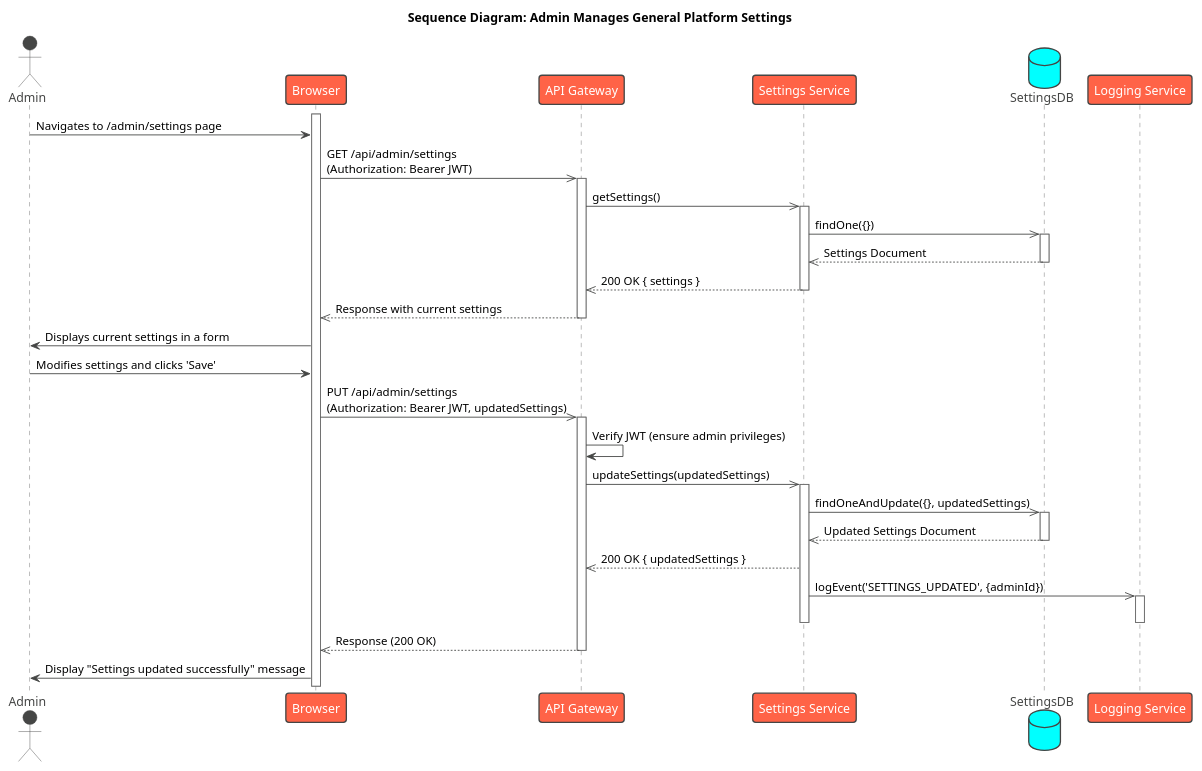
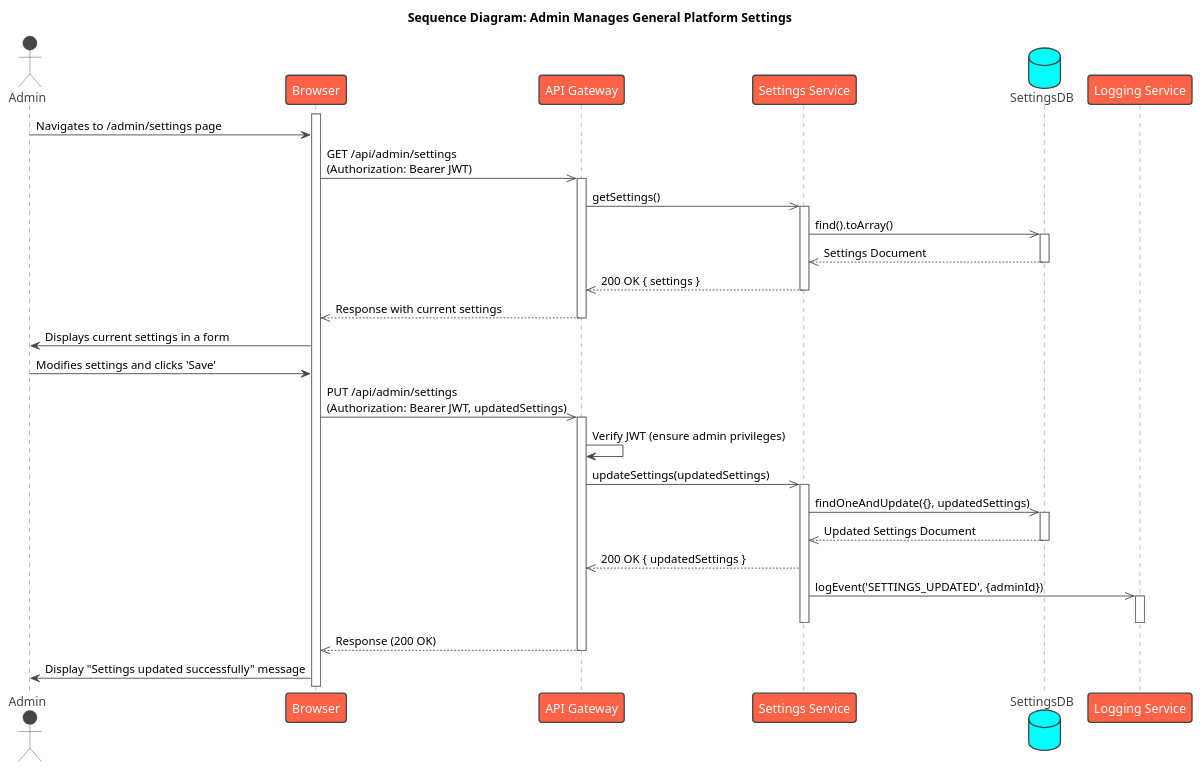
The diagram in UML/Sequences/Admin/AdminEditGeneralSettings.puml (Arado3333/PageByPage_Israel_Arad), drawn with PlantUML before and after one commit. The commit also changed other lines of this file and 13 other files, not shown here.

```diff
--- a/UML/Sequences/Admin/AdminEditGeneralSettings.puml
+++ b/UML/Sequences/Admin/AdminEditGeneralSettings.puml
@@ -1,53 +2,53 @@
 @startuml
 !theme vibrant
 
 title Sequence Diagram: Admin Manages General Platform Settings
 
 actor Admin
 participant Browser
 participant "API Gateway" as Gateway
 participant "Settings Service" as SettingsService
 database "SettingsDB"
 participant "Logging Service" as LoggingService
 
 activate Browser
 Admin -> Browser : Navigates to /admin/settings page
 Browser ->> Gateway : GET /api/admin/settings\n(Authorization: Bearer JWT)
 activate Gateway
 Gateway ->> SettingsService : getSettings()
 activate SettingsService
-SettingsService ->> SettingsDB : findOne({})
+SettingsService ->> SettingsDB : find().toArray()
 activate SettingsDB
 SettingsDB -->> SettingsService : Settings Document
 deactivate SettingsDB
 SettingsService -->> Gateway : 200 OK { settings }
 deactivate SettingsService
 Gateway -->> Browser : Response with current settings
 deactivate Gateway
 Browser -> Admin : Displays current settings in a form
 
 
 Admin -> Browser : Modifies settings and clicks 'Save'
 Browser ->> Gateway : PUT /api/admin/settings\n(Authorization: Bearer JWT, updatedSettings)
 activate Gateway
 Gateway -> Gateway : Verify JWT (ensure admin privileges)
 Gateway ->> SettingsService : updateSettings(updatedSettings)
 activate SettingsService
 
 SettingsService ->> SettingsDB : findOneAndUpdate({}, updatedSettings)
 activate SettingsDB
 SettingsDB -->> SettingsService : Updated Settings Document
 deactivate SettingsDB
 
 SettingsService -->> Gateway : 200 OK { updatedSettings }
 ' Asynchronous Logging
 SettingsService ->> LoggingService : logEvent('SETTINGS_UPDATED', {adminId})
 activate LoggingService
 deactivate LoggingService
 deactivate SettingsService
 
 Gateway -->> Browser : Response (200 OK)
 deactivate Gateway
 Browser -> Admin : Display "Settings updated successfully" message
 
 @enduml
```
